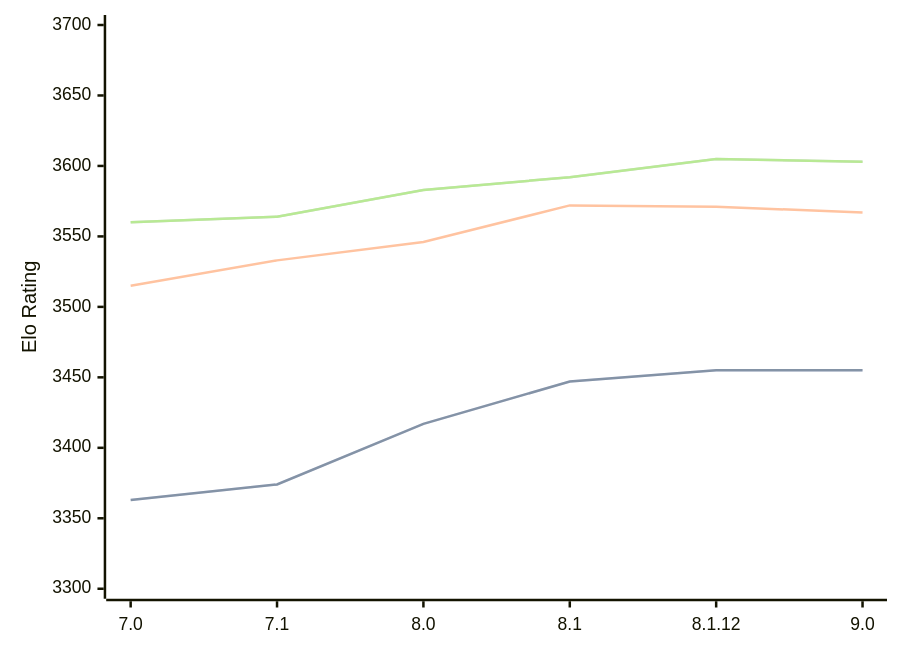
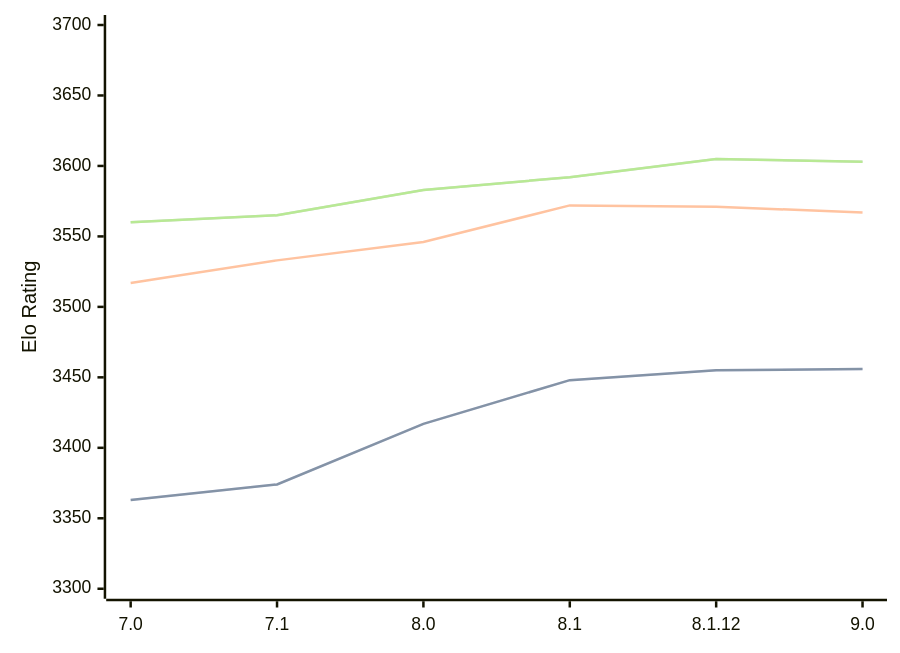
One commit to computer-chess-index/cci changed the diagram in engines/Alexandria.md. Above: the diagram before and after it, drawn with Mermaid. The commit also changed other lines of this file, not shown here.

Commit message:
Update CCI Ratings (ELO VLTC) - 2026-04-12

````diff
--- a/engines/Alexandria.md
+++ b/engines/Alexandria.md
@@ -55,11 +55,11 @@
 ```mermaid
 %%{init: {"theme":"base","themeVariables":{"seriesColors:['#a3a3a3','#222221','#faa371']}}}%%
 xychart-beta
   x-axis ["7.0", "7.1", "8.0", "8.1", "8.1.12", "9.0"]
   y-axis "Elo Rating" 3300 --> 3700
-  line "STC (8.0+0.08s)" [3363, 3374, 3417, 3447, 3455, 3455]
-  line "STC (8.0+0.08s)" [3363, 3374, 3417, 3447, 3455, 3455]
-  line "LTC (60.0+0.60s)" [3515, 3533, 3546, 3572, 3571, 3567]
-  line "VLTC (2m24s+1.12s)" [3560, 3564, 3583, 3592, 3605, 3603]
-  line "VLTC (2m24s+1.12s)" [3560, 3564, 3583, 3592, 3605, 3603]
+  line "STC (8.0+0.08s)" [3363, 3374, 3417, 3448, 3455, 3456]
+  line "STC (8.0+0.08s)" [3363, 3374, 3417, 3448, 3455, 3456]
+  line "LTC (60.0+0.60s)" [3517, 3533, 3546, 3572, 3571, 3567]
+  line "VLTC (2m24s+1.12s)" [3560, 3565, 3583, 3592, 3605, 3603]
+  line "VLTC (2m24s+1.12s)" [3560, 3565, 3583, 3592, 3605, 3603]
 ```
````
